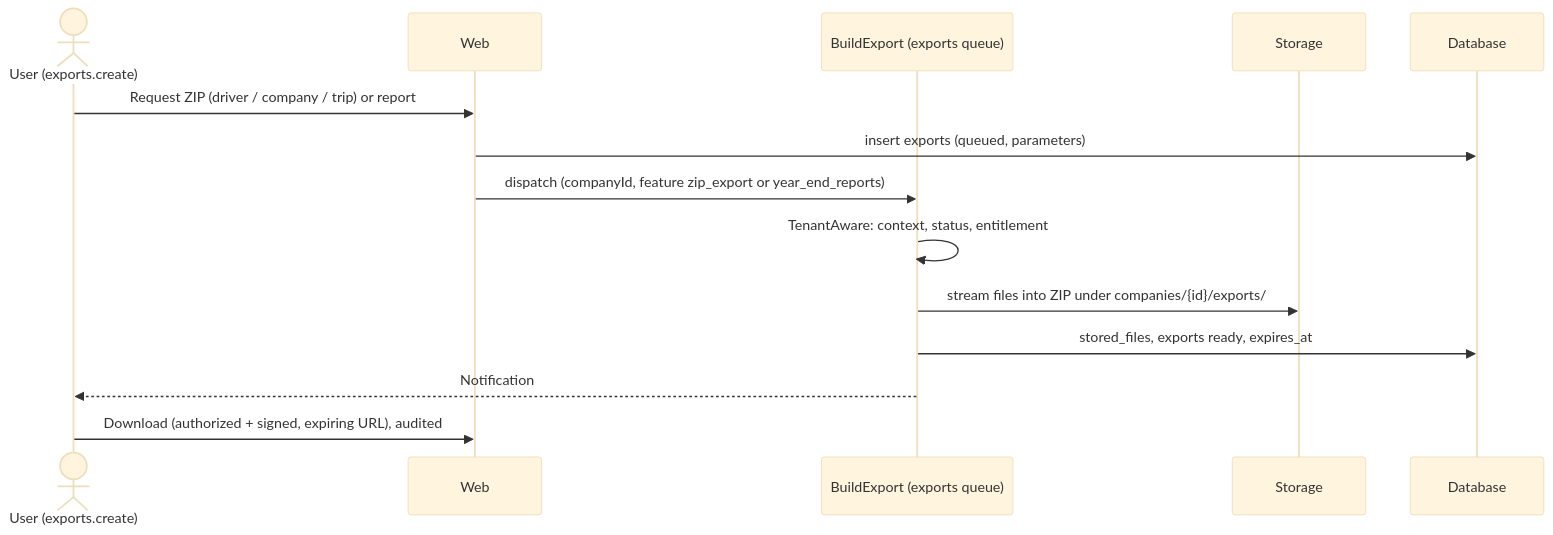
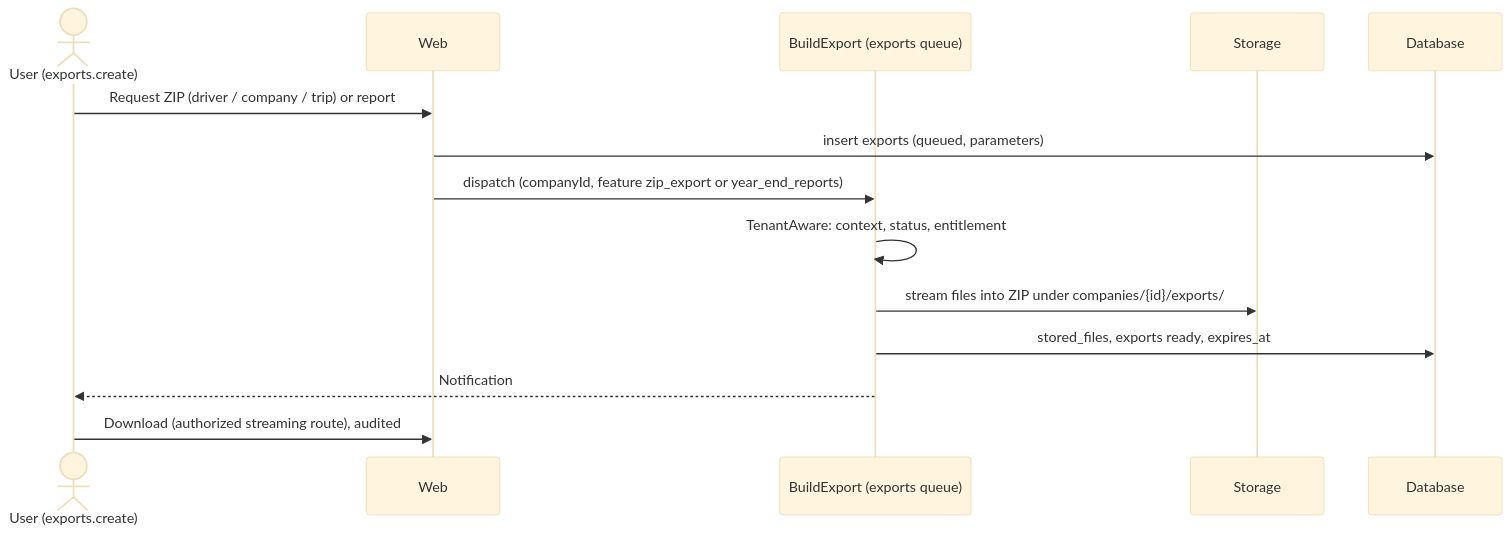
One commit to anambrur/driver_qualification changed the eighth of 14 diagrams in docs/Technical-Features-and-Workflow.md. Above: the diagram before and after it, drawn with Mermaid (base theme). The commit also changed other lines of this file and 7 other files, not shown here.

Commit message:
Docs pass before Phase 2: Phase 0 statuses, export details, 2FA decision, erd refresh

````diff
--- a/docs/Technical-Features-and-Workflow.md
+++ b/docs/Technical-Features-and-Workflow.md
@@ -646,16 +646,16 @@
 ```mermaid
 sequenceDiagram
   actor U as User (exports.create)
   participant W as Web
   participant J as BuildExport (exports queue)
   participant FS as Storage
   participant DB as Database
   U->>W: Request ZIP (driver / company / trip) or report
   W->>DB: insert exports (queued, parameters)
   W->>J: dispatch (companyId, feature zip_export or year_end_reports)
   J->>J: TenantAware: context, status, entitlement
   J->>FS: stream files into ZIP under companies/{id}/exports/
   J->>DB: stored_files, exports ready, expires_at
   J-->>U: Notification
-  U->>W: Download (authorized + signed, expiring URL), audited
+  U->>W: Download (authorized streaming route), audited
 ```
````
